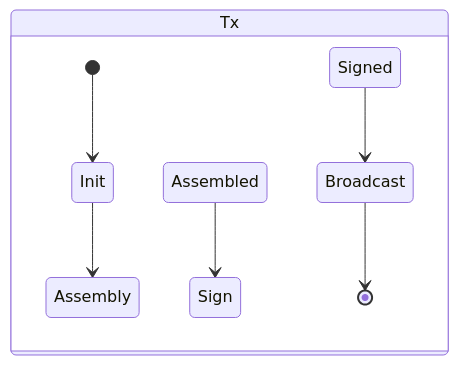
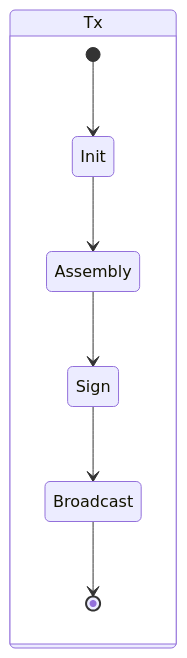
Before and after one commit to csquan/hui-collect: the diagram in README.md, drawn with Mermaid.

Commit message:
add readme2

````diff
--- a/README.md
+++ b/README.md
@@ -13,11 +13,11 @@
 ```mermaid
 stateDiagram-v2
     state Tx {
         [*] --> Init
         Init --> Assembly
-        Assembled --> Sign
-        Signed --> Broadcast
+        Assembly --> Sign
+        Sign --> Broadcast
         Broadcast --> [*]
     }
    
 ```
````
